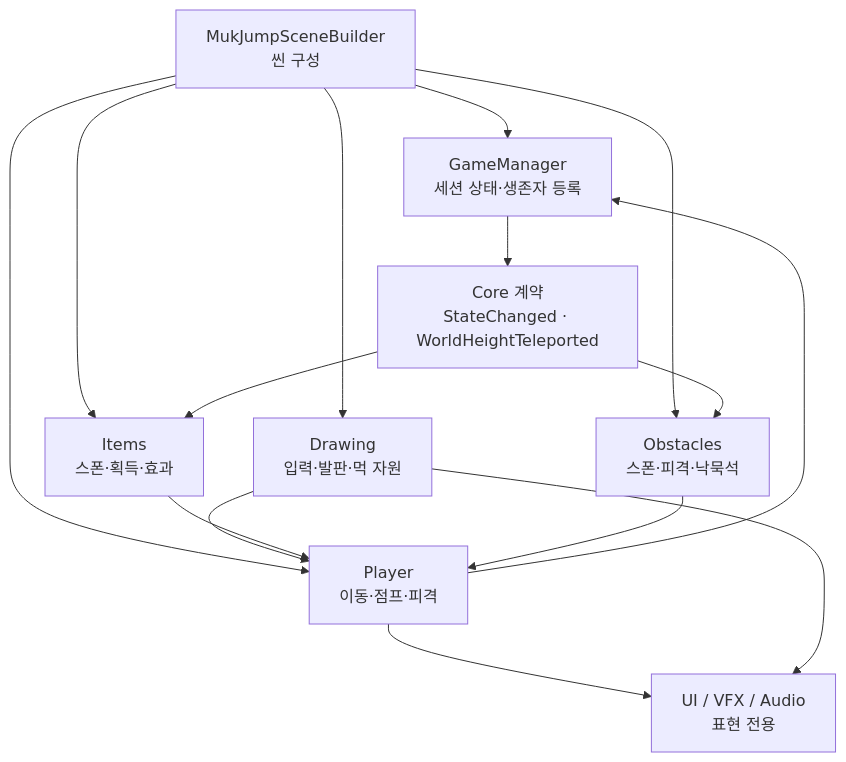
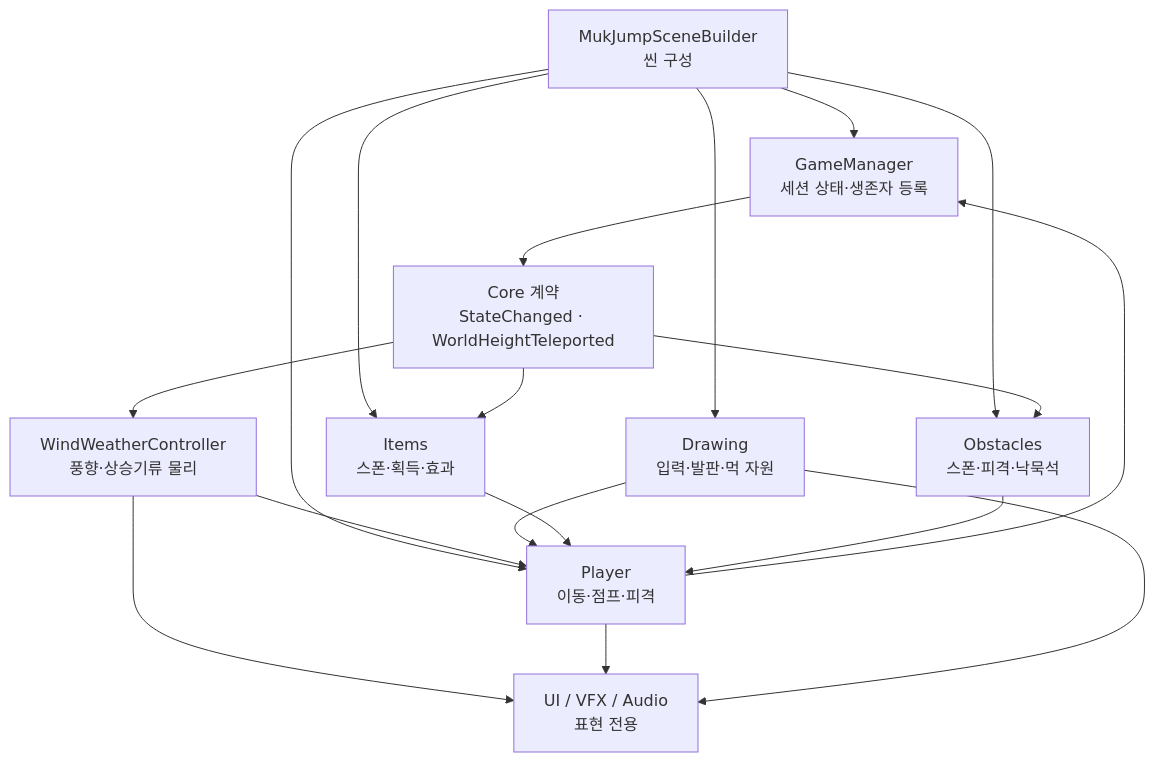
The diagram in docs/architecture.md (Team-Swooord/muk-jump), drawn with Mermaid before and after one commit. The commit also changed other lines of this file and 4 other files, not shown here.

First line of the commit message:
docs(weather): 전역 바람과 상승기류 규칙 정리

````diff
--- a/docs/architecture.md
+++ b/docs/architecture.md
@@ -10,26 +10,30 @@
 ```mermaid
 flowchart TD
     Builder["MukJumpSceneBuilder<br/>씬 구성"]
     Manager["GameManager<br/>세션 상태·생존자 등록"]
     Contracts["Core 계약<br/>StateChanged · WorldHeightTeleported"]
     Player["Player<br/>이동·점프·피격"]
     Drawing["Drawing<br/>입력·발판·먹 자원"]
     Items["Items<br/>스폰·획득·효과"]
     Obstacles["Obstacles<br/>스폰·피격·낙묵석"]
+    Weather["WindWeatherController<br/>풍향·상승기류 물리"]
     Presentation["UI / VFX / Audio<br/>표현 전용"]
 
     Builder --> Manager
     Builder --> Player
     Builder --> Drawing
     Builder --> Items
     Builder --> Obstacles
     Manager --> Contracts
     Contracts --> Items
     Contracts --> Obstacles
+    Contracts --> Weather
+    Weather --> Player
+    Weather --> Presentation
     Player --> Manager
     Drawing --> Player
     Items --> Player
     Obstacles --> Player
     Player --> Presentation
     Drawing --> Presentation
 ```
````
